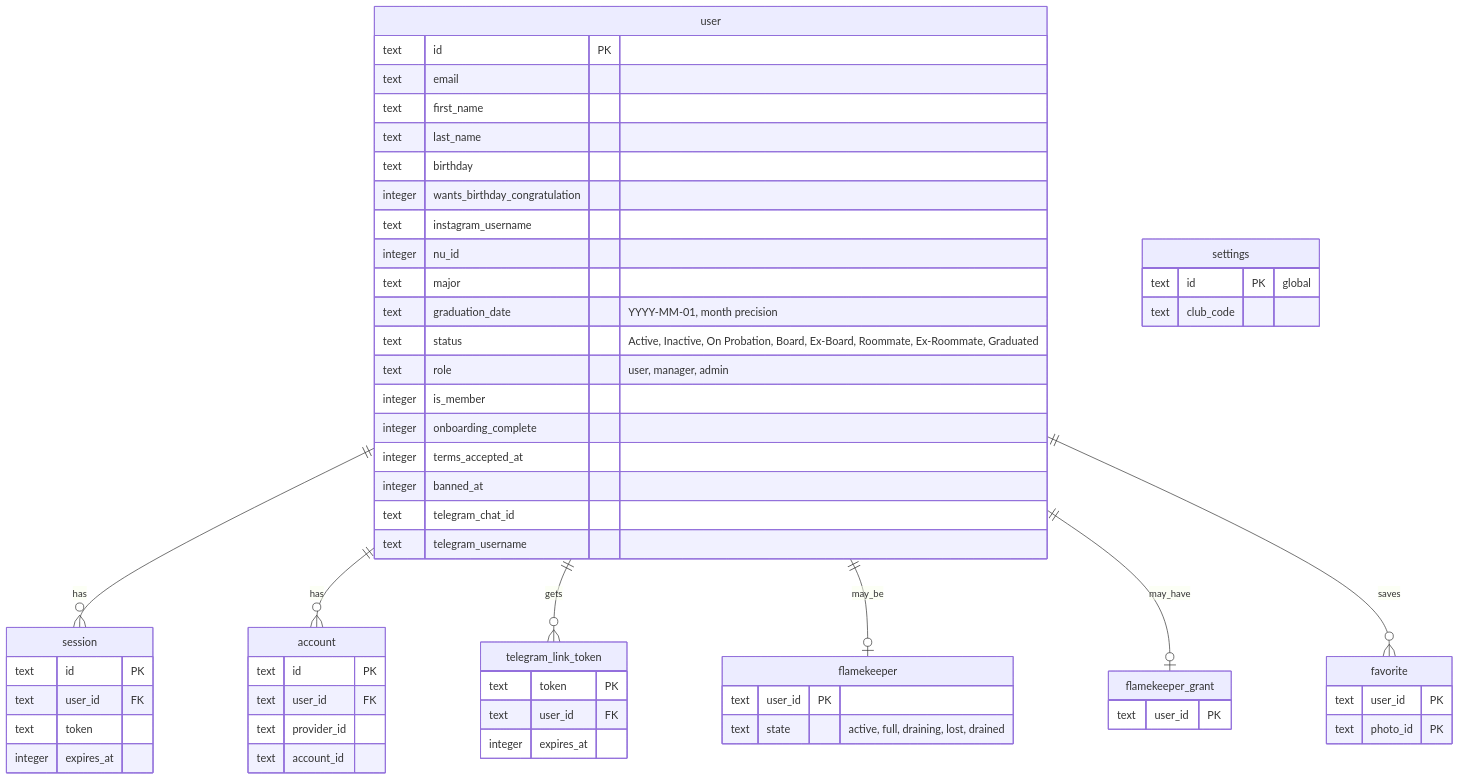
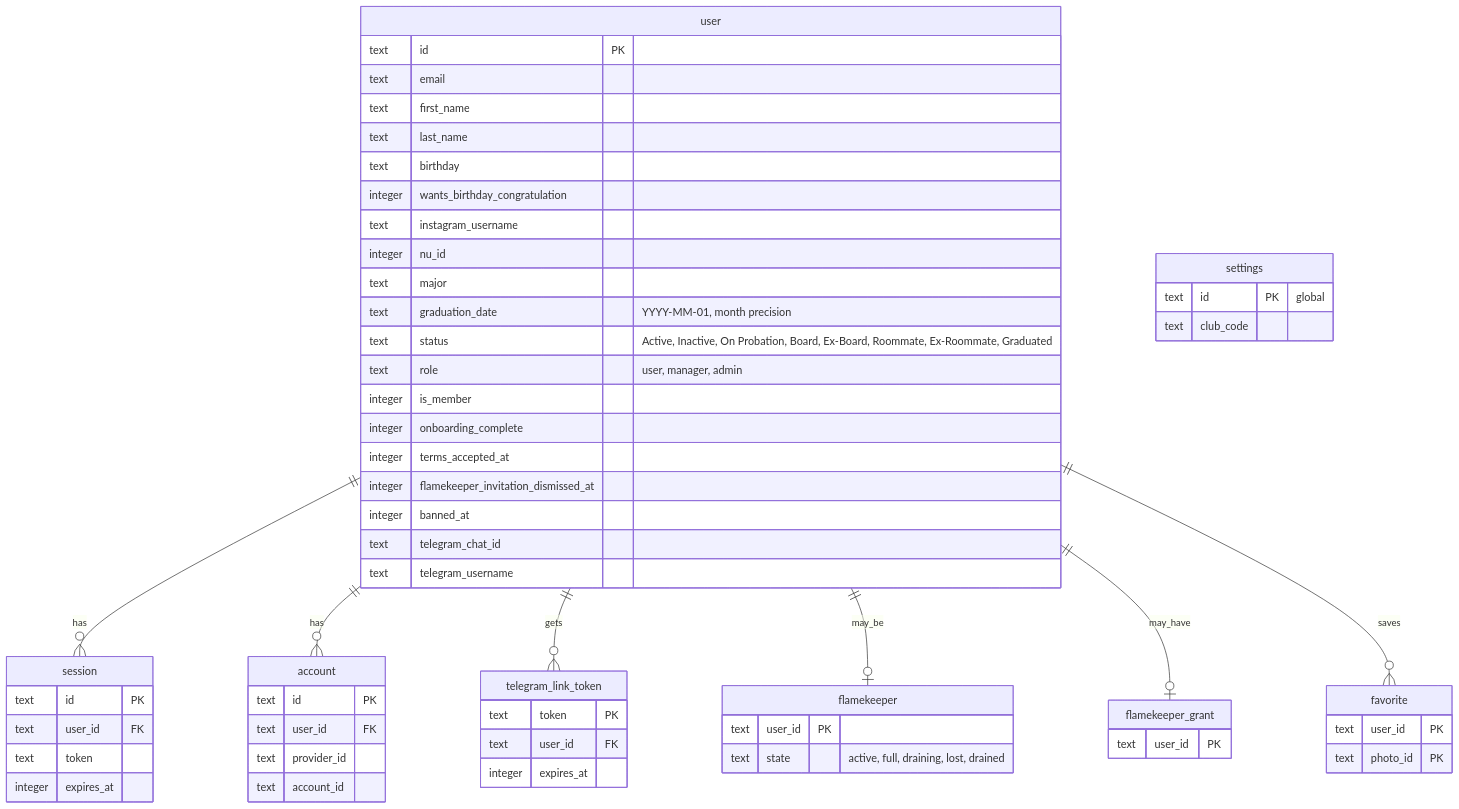
The diagram in docs/scenarios/account/erd.md (sagyzdop/meriksirat), drawn with Mermaid before and after one commit. The commit also changed 40 other files, not shown here.

Commit message:
feat(flamekeepers): become-a-flamekeeper page, 512 MB minimum, one-time invitation

````diff
--- a/docs/scenarios/account/erd.md
+++ b/docs/scenarios/account/erd.md
@@ -27,61 +27,62 @@
 ```mermaid
 erDiagram
     user ||--o{ session : has
     user ||--o{ account : has
     user ||--o{ telegram_link_token : gets
     user ||--o| flamekeeper : may_be
     user ||--o| flamekeeper_grant : may_have
     user ||--o{ favorite : saves
     user {
         text id PK
         text email
         text first_name
         text last_name
         text birthday
         integer wants_birthday_congratulation
         text instagram_username
         integer nu_id
         text major
         text graduation_date "YYYY-MM-01, month precision"
         text status "Active, Inactive, On Probation, Board, Ex-Board, Roommate, Ex-Roommate, Graduated"
         text role "user, manager, admin"
         integer is_member
         integer onboarding_complete
         integer terms_accepted_at
+        integer flamekeeper_invitation_dismissed_at
         integer banned_at
         text telegram_chat_id
         text telegram_username
     }
     session {
         text id PK
         text user_id FK
         text token
         integer expires_at
     }
     account {
         text id PK
         text user_id FK
         text provider_id
         text account_id
     }
     telegram_link_token {
         text token PK
         text user_id FK
         integer expires_at
     }
     flamekeeper {
         text user_id PK
         text state "active, full, draining, lost, drained"
     }
     flamekeeper_grant {
         text user_id PK
     }
     favorite {
         text user_id PK
         text photo_id PK
     }
     settings {
         text id PK "global"
         text club_code
     }
 ```
````
